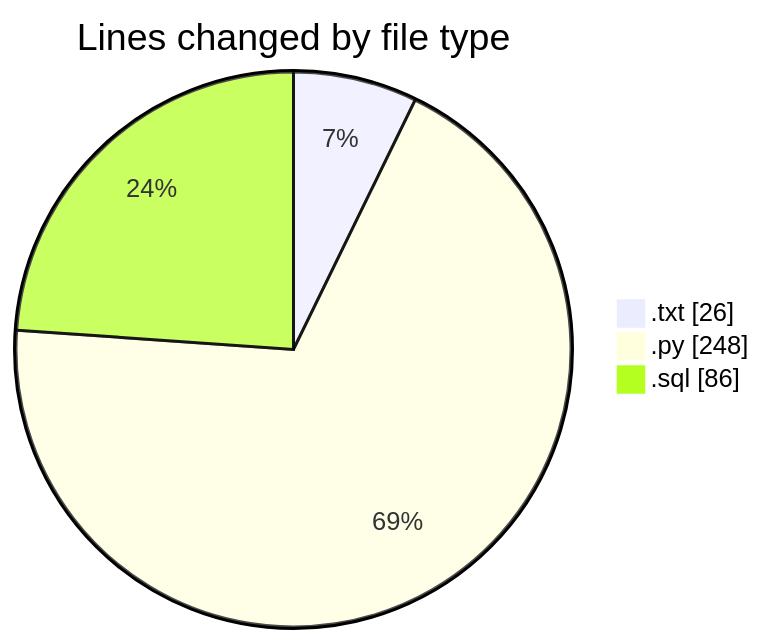
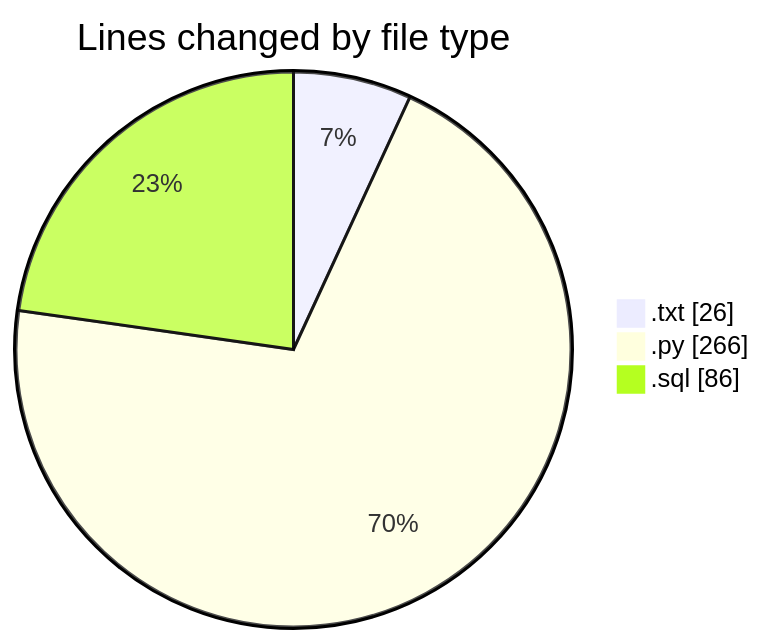
The first of 2 diagrams in 2025-09-12/datanv/README.md (lephambinh05/code-tracking), drawn with Mermaid before and after one commit. The commit also changed other lines of this file and 1 other file, not shown here.

````diff
--- a/2025-09-12/datanv/README.md
+++ b/2025-09-12/datanv/README.md
@@ -23,7 +23,7 @@
 ```mermaid
 pie showData
 title Lines changed by file type
 ".txt" : 26
-".py" : 248
+".py" : 266
 ".sql" : 86
 ```
````
